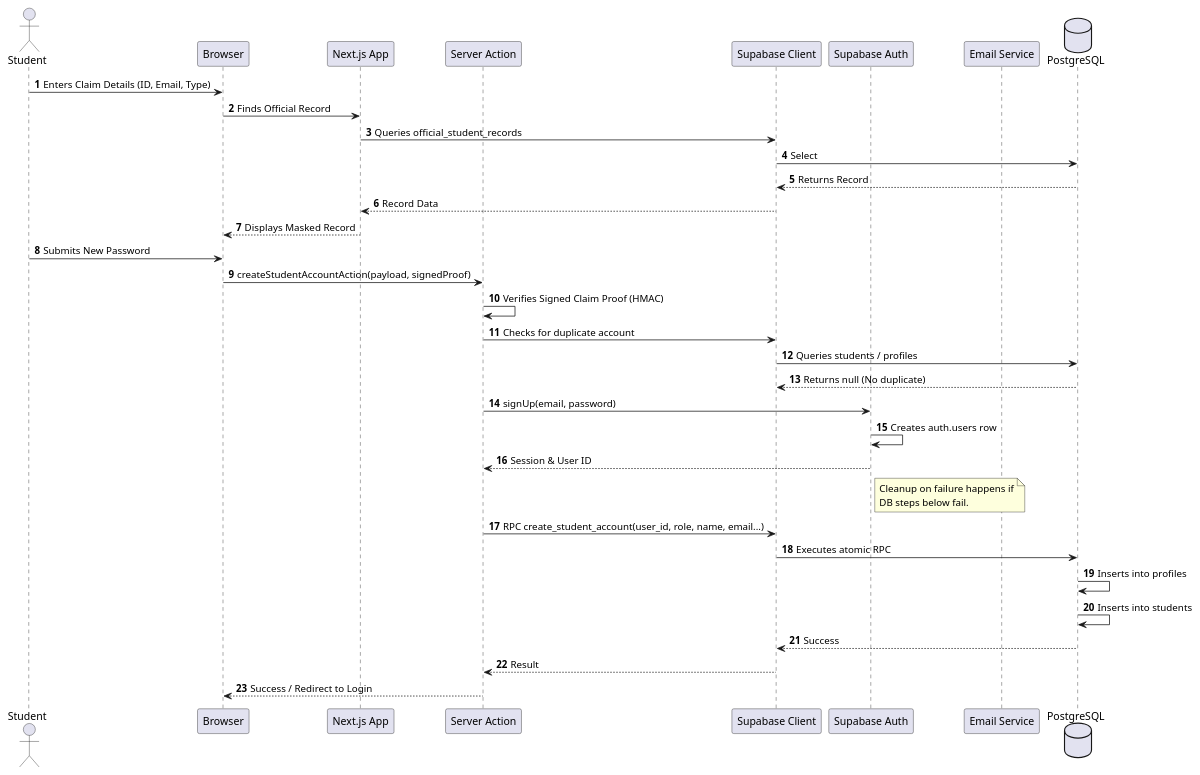
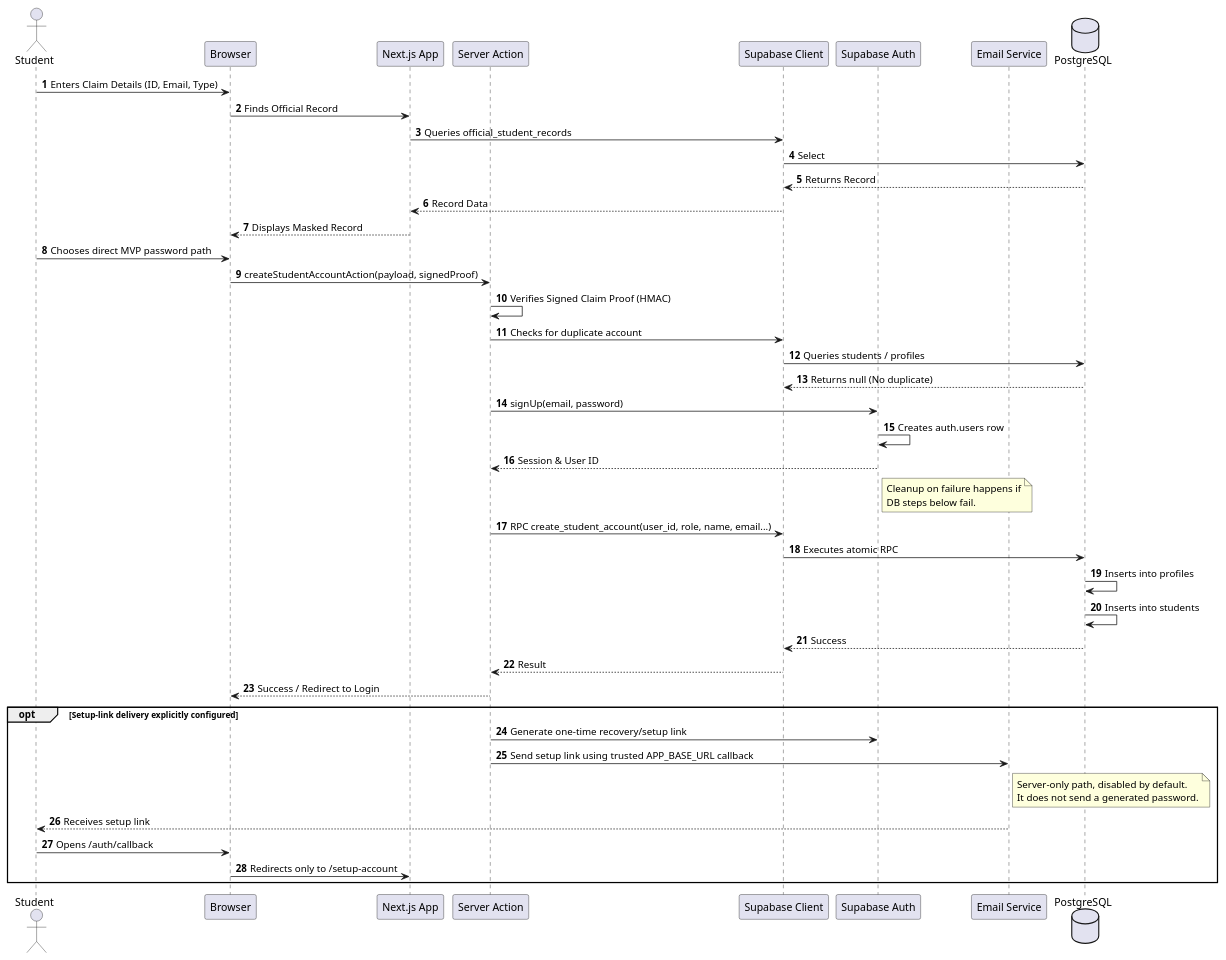
Before and after one commit to lucifron28/PKM-DES: the diagram in docs/diagrams/pkm-des-account-claim-sequence.puml, drawn with PlantUML. The commit also changed 32 other files, not shown here.

```diff
--- a/docs/diagrams/pkm-des-account-claim-sequence.puml
+++ b/docs/diagrams/pkm-des-account-claim-sequence.puml
@@ -1,41 +1,53 @@
 @startuml pkm-des-account-claim-sequence
 autonumber
 actor Student
 participant "Browser" as Browser
 participant "Next.js App" as App
 participant "Server Action" as Action
 participant "Supabase Client" as Supabase
 participant "Supabase Auth" as Auth
 participant "Email Service" as Email
 database "PostgreSQL" as DB
 
 Student -> Browser : Enters Claim Details (ID, Email, Type)
 Browser -> App : Finds Official Record
 App -> Supabase : Queries official_student_records
 Supabase -> DB : Select
 DB --> Supabase : Returns Record
 Supabase --> App : Record Data
 App --> Browser : Displays Masked Record
 
-Student -> Browser : Submits New Password
+Student -> Browser : Chooses direct MVP password path
 Browser -> Action : createStudentAccountAction(payload, signedProof)
 Action -> Action : Verifies Signed Claim Proof (HMAC)
 Action -> Supabase : Checks for duplicate account
 Supabase -> DB : Queries students / profiles
 DB --> Supabase : Returns null (No duplicate)
 
 Action -> Auth : signUp(email, password)
 Auth -> Auth : Creates auth.users row
 Auth --> Action : Session & User ID
 note right of Auth: Cleanup on failure happens if\nDB steps below fail.
 
 Action -> Supabase : RPC create_student_account(user_id, role, name, email...)
 Supabase -> DB : Executes atomic RPC
 DB -> DB : Inserts into profiles
 DB -> DB : Inserts into students
 DB --> Supabase : Success
 Supabase --> Action : Result
 
 Action --> Browser : Success / Redirect to Login
 
+opt Setup-link delivery explicitly configured
+  Action -> Auth : Generate one-time recovery/setup link
+  Action -> Email : Send setup link using trusted APP_BASE_URL callback
+  note right of Email
+    Server-only path, disabled by default.
+    It does not send a generated password.
+  end note
+  Email --> Student : Receives setup link
+  Student -> Browser : Opens /auth/callback
+  Browser -> App : Redirects only to /setup-account
+end
+
 @enduml
```
